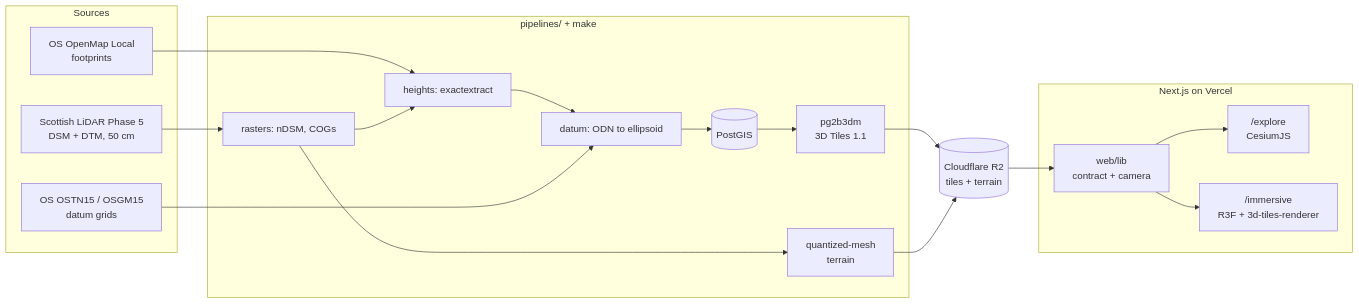
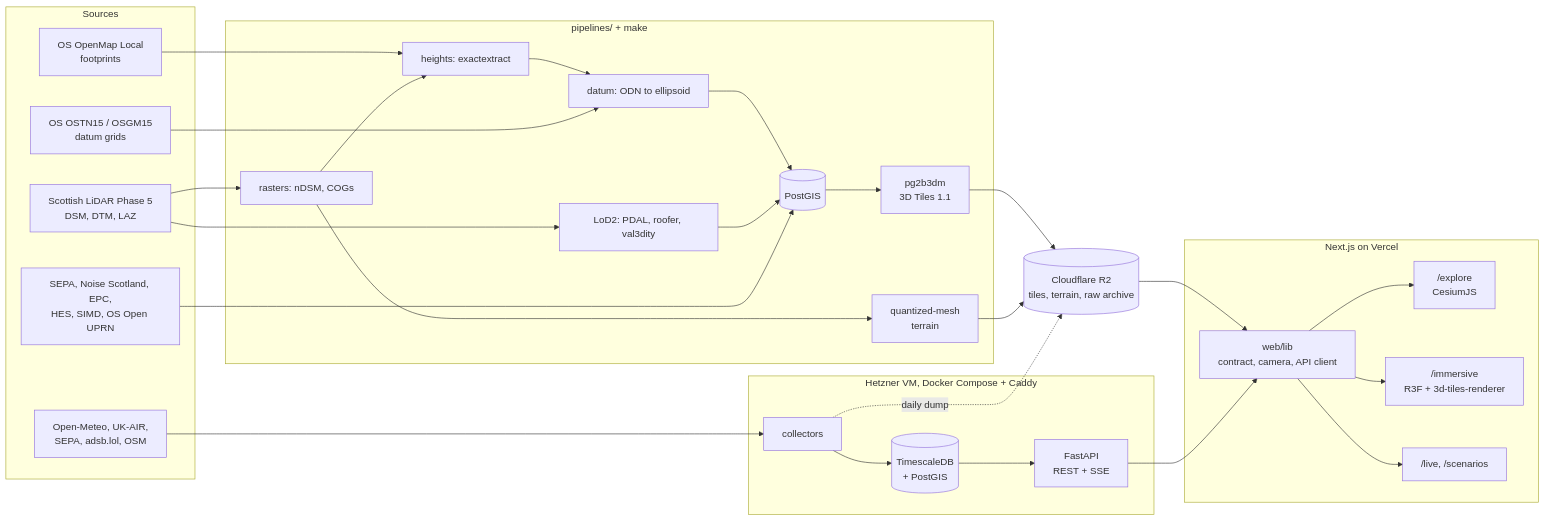
Before and after one commit to fakmalpradana/clydetwin: the diagram in README.md, drawn with Mermaid. The commit also changed other lines of this file, not shown here.

First line of the commit message:
docs(readme): phase status, live demo, architecture and data sources for P2-P5

````diff
--- a/README.md
+++ b/README.md
@@ -71,29 +94,44 @@
 ```mermaid
 flowchart LR
   subgraph Sources
     OS[OS OpenMap Local<br/>footprints]
-    LI[Scottish LiDAR Phase 5<br/>DSM + DTM, 50 cm]
+    LI[Scottish LiDAR Phase 5<br/>DSM, DTM, LAZ]
     GEO[OS OSTN15 / OSGM15<br/>datum grids]
+    ENV[Open-Meteo, UK-AIR,<br/>SEPA, adsb.lol, OSM]
+    AN[SEPA, Noise Scotland, EPC,<br/>HES, SIMD, OS Open UPRN]
   end
   subgraph Pipeline[pipelines/ + make]
     R[rasters: nDSM, COGs]
     H[heights: exactextract]
     D[datum: ODN to ellipsoid]
+    L2[LoD2: PDAL, roofer, val3dity]
     PG[(PostGIS)]
     T3[pg2b3dm<br/>3D Tiles 1.1]
     TQ[quantized-mesh<br/>terrain]
   end
-  S3[(Cloudflare R2<br/>tiles + terrain)]
+  R2[(Cloudflare R2<br/>tiles, terrain, raw archive)]
+  subgraph VM[Hetzner VM, Docker Compose + Caddy]
+    COL[collectors]
+    TS[(TimescaleDB<br/>+ PostGIS)]
+    API[FastAPI<br/>REST + SSE]
+  end
   OS --> H
-  LI --> R --> H --> D --> PG --> T3 --> S3
+  LI --> R --> H --> D --> PG --> T3 --> R2
+  LI --> L2 --> PG
+  AN --> PG
   GEO --> D
-  R --> TQ --> S3
-  S3 --> LIB
+  R --> TQ --> R2
+  ENV --> COL --> TS --> API
+  COL -. daily dump .-> R2
   subgraph Web[Next.js on Vercel]
-    LIB[web/lib<br/>contract + camera]
+    LIB[web/lib<br/>contract, camera, API client]
     EX["/explore<br/>CesiumJS"]
     IM["/immersive<br/>R3F + 3d-tiles-renderer"]
+    LV["/live, /scenarios"]
   end
+  R2 --> LIB
+  API --> LIB
   LIB --> EX
   LIB --> IM
+  LIB --> LV
 ```
````
